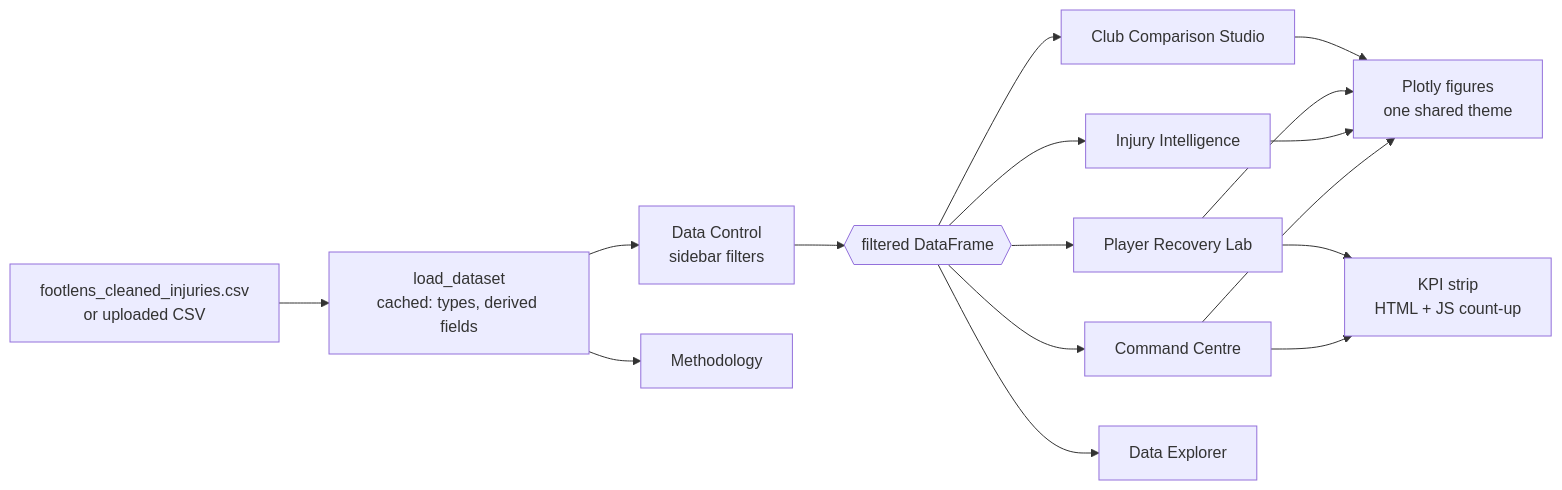
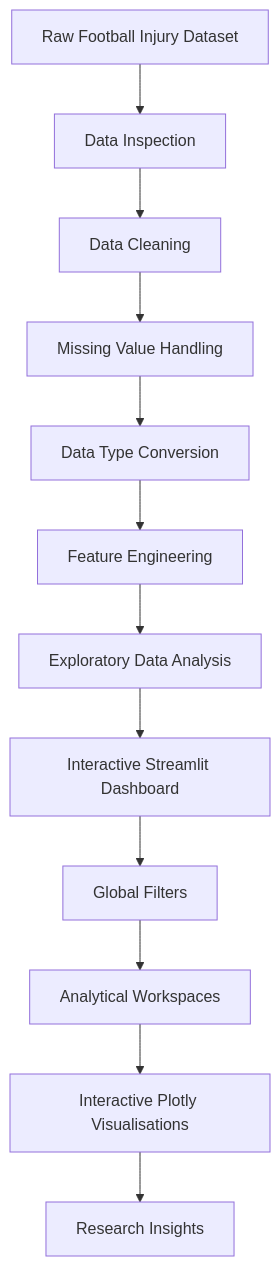
The diagram in README.md (jashithrathod04-star/FootLens-Analytics-), drawn with Mermaid before and after one commit. The commit also changed other lines of this file, not shown here.

````diff
--- a/README.md
+++ b/README.md
@@ -145,14 +471,14 @@
 ```mermaid
-flowchart LR
-    A[footlens_cleaned_injuries.csv<br/>or uploaded CSV] --> B[load_dataset<br/>cached: types, derived fields]
-    B --> C[Data Control<br/>sidebar filters]
-    C --> D{{filtered DataFrame}}
-    D --> E[Command Centre]
-    D --> F[Injury Intelligence]
-    D --> G[Player Recovery Lab]
-    D --> H[Club Comparison Studio]
-    D --> I[Data Explorer]
-    B --> J[Methodology]
-    E & F & G & H --> K[Plotly figures<br/>one shared theme]
-    E & G --> L[KPI strip<br/>HTML + JS count-up]
+flowchart TD
+    A[Raw Football Injury Dataset] --> B[Data Inspection]
+    B --> C[Data Cleaning]
+    C --> D[Missing Value Handling]
+    D --> E[Data Type Conversion]
+    E --> F[Feature Engineering]
+    F --> G[Exploratory Data Analysis]
+    G --> H[Interactive Streamlit Dashboard]
+    H --> I[Global Filters]
+    I --> J[Analytical Workspaces]
+    J --> K[Interactive Plotly Visualisations]
+    K --> L[Research Insights]
 ```
````
